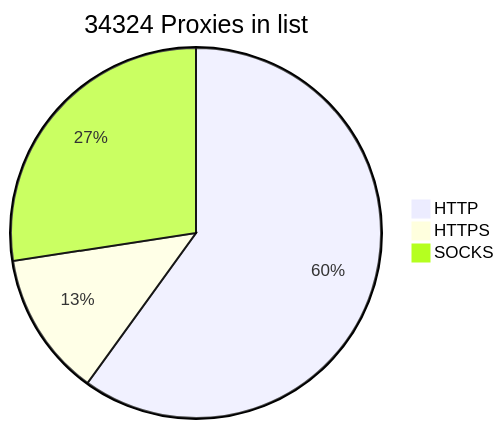
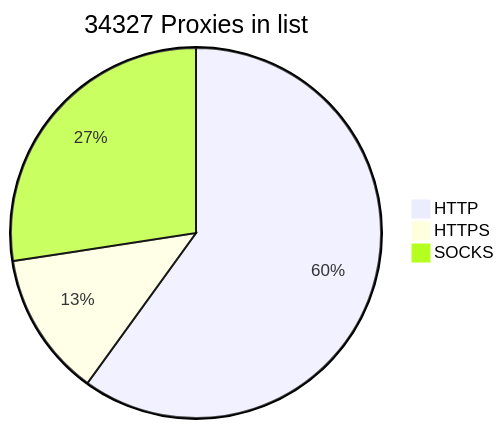
The diagram in README.md (BlackSnowDot/proxylist-update-every-minute), drawn with Mermaid before and after one commit.

````diff
--- a/README.md
+++ b/README.md
@@ -2,6 +2,6 @@
 ```mermaid
-pie title 34324 Proxies in list
+pie title 34327 Proxies in list
     "HTTP" : 22799
-    "HTTPS": 4799
-    "SOCKS" : 10424
+    "HTTPS": 4798
+    "SOCKS" : 10427
 ```
````
